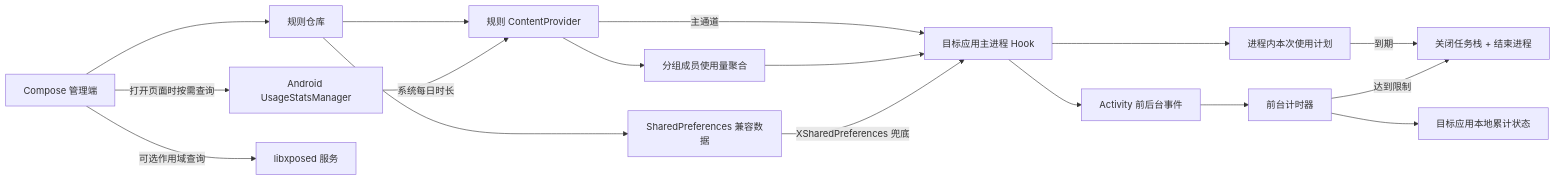
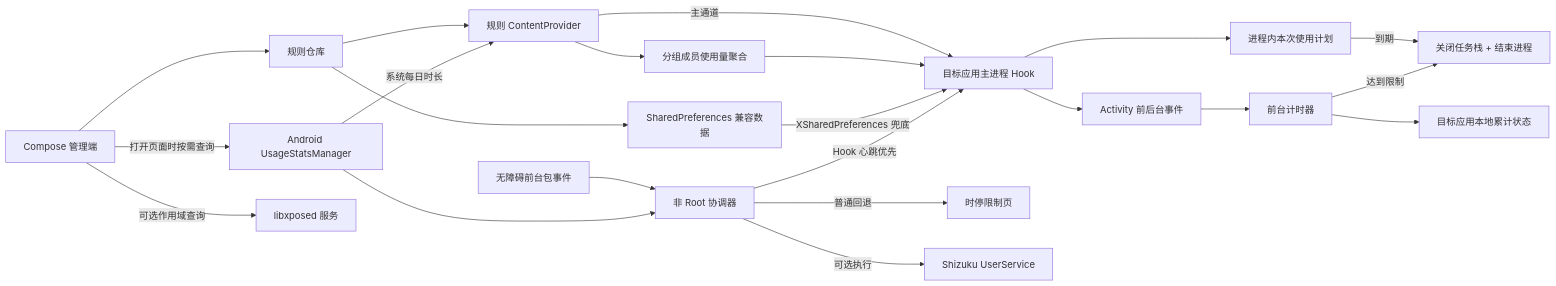
Before and after one commit to Xposed-Modules-Repo/com.liuml.apptimelimiter: the second of 2 diagrams in README.md, drawn with Mermaid. The commit also changed other lines of this file and 116 other files, not shown here.

````diff
--- a/README.md
+++ b/README.md
@@ -225,19 +258,24 @@
 ```mermaid
 flowchart LR
     UI["Compose 管理端"] --> Repo["规则仓库"]
     Repo --> Provider["规则 ContentProvider"]
     Repo --> Prefs["SharedPreferences 兼容数据"]
     Provider -->|"主通道"| Hook["目标应用主进程 Hook"]
     Provider --> Group["分组成员使用量聚合"]
     Group --> Hook
     Prefs -->|"XSharedPreferences 兜底"| Hook
     Hook --> Lifecycle["Activity 前后台事件"]
     Lifecycle --> Timer["前台计时器"]
     Hook --> SessionPlan["进程内本次使用计划"]
     SessionPlan -->|"到期"| Exit
     Timer -->|"达到限制"| Exit["关闭任务栈 + 结束进程"]
     Timer --> State["目标应用本地累计状态"]
     UI -->|"打开页面时按需查询"| UsageStats["Android UsageStatsManager"]
     UsageStats -->|"系统每日时长"| Provider
     UI -->|"可选作用域查询"| XposedService["libxposed 服务"]
+    Accessibility["无障碍前台包事件"] --> Coordinator["非 Root 协调器"]
+    UsageStats --> Coordinator
+    Coordinator -->|"Hook 心跳优先"| Hook
+    Coordinator -->|"普通回退"| BreakPage["时停限制页"]
+    Coordinator -->|"可选执行"| Shizuku["Shizuku UserService"]
 ```
````
